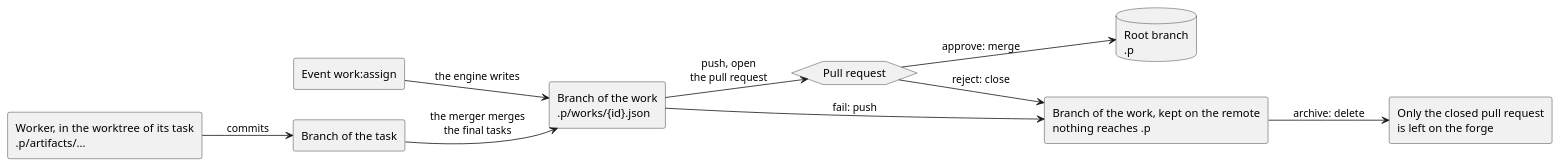
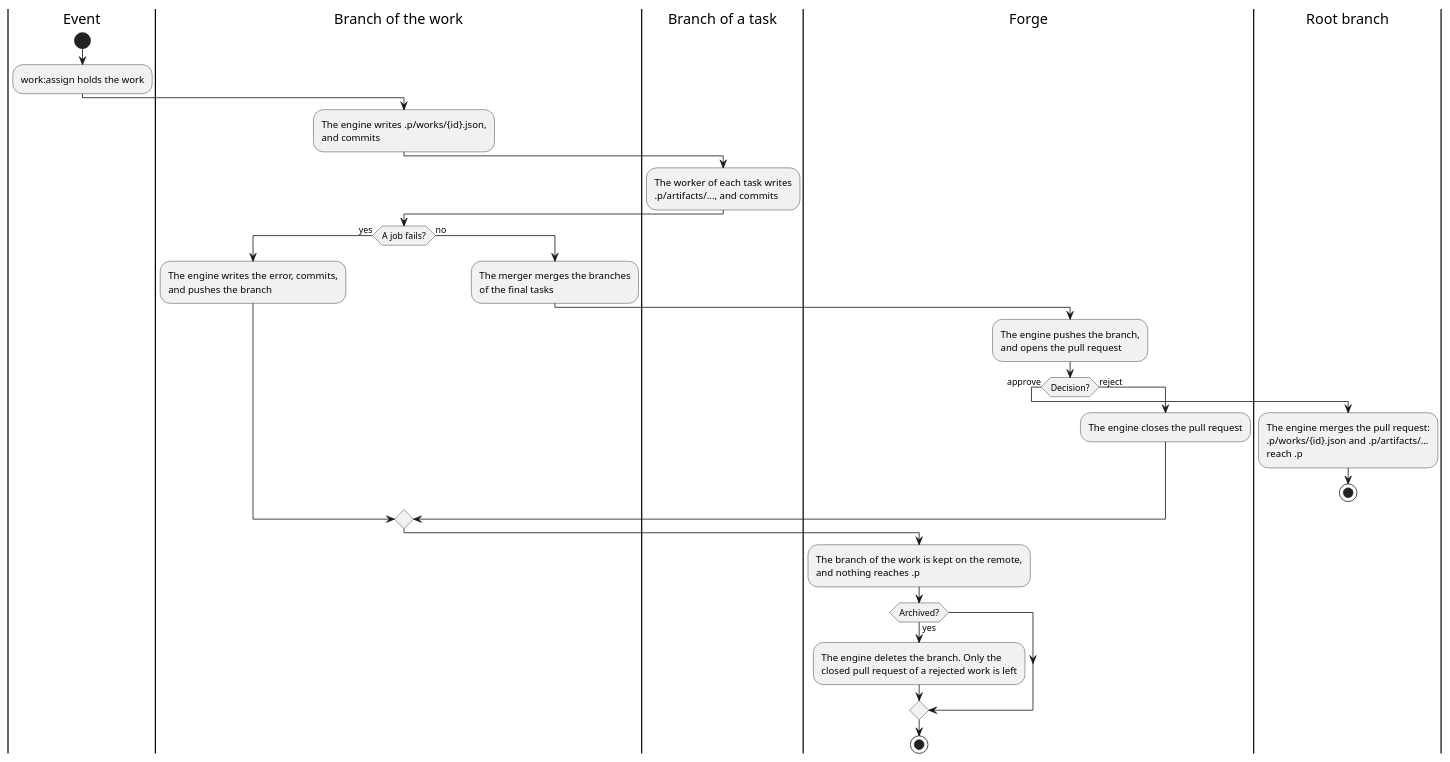
Before and after one commit to longlh/superteam: the first of 2 diagrams in docs/06_runtime/data-flow.md, drawn with PlantUML. The commit also changed other lines of this file, not shown here.

Commit message:
Draw the flow of the persistence data as an activity diagram of UML
The diagram used free shapes, which are neither C4 nor UML. It is now an
activity diagram, with one lane for each place where the data is kept. It also
says that only a rejected work leaves a closed pull request after an archive.

Claude-Session: https://claude.ai/code/session_01RjCc28sBGp3orSAH3dswSq

````diff
--- a/docs/06_runtime/data-flow.md
+++ b/docs/06_runtime/data-flow.md
@@ -30,22 +32,42 @@
 ```plantuml
 @startuml
-left to right direction
-rectangle "Event work:assign" as ev
-rectangle "Branch of the work\n.p/works/{id}.json" as wb
-rectangle "Worker, in the worktree of its task\n.p/artifacts/..." as worker
-rectangle "Branch of the task" as tb
-hexagon "Pull request" as pr
-database "Root branch\n.p" as root
-rectangle "Branch of the work, kept on the remote\nnothing reaches .p" as kept
-rectangle "Only the closed pull request\nis left on the forge" as gone
-
-ev --> wb : the engine writes
-worker --> tb : commits
-tb --> wb : the merger merges\nthe final tasks
-wb --> pr : push, open\nthe pull request
-pr --> root : approve: merge
-wb --> kept : fail: push
-pr --> kept : reject: close
-kept --> gone : archive: delete
+|Event|
+start
+:work:assign holds the work;
+|Branch of the work|
+:The engine writes .p/works/{id}.json,
+and commits;
+|Branch of a task|
+:The worker of each task writes
+.p/artifacts/..., and commits;
+|Branch of the work|
+if (A job fails?) then (yes)
+  :The engine writes the error, commits,
+  and pushes the branch;
+else (no)
+  :The merger merges the branches
+  of the final tasks;
+  |Forge|
+  :The engine pushes the branch,
+  and opens the pull request;
+  if (Decision?) then (approve)
+    |Root branch|
+    :The engine merges the pull request:
+    .p/works/{id}.json and .p/artifacts/...
+    reach .p;
+    stop
+  else (reject)
+    |Forge|
+    :The engine closes the pull request;
+  endif
+endif
+|Forge|
+:The branch of the work is kept on the remote,
+and nothing reaches .p;
+if (Archived?) then (yes)
+  :The engine deletes the branch. Only the
+  closed pull request of a rejected work is left;
+endif
+stop
 @enduml
 ```
````
